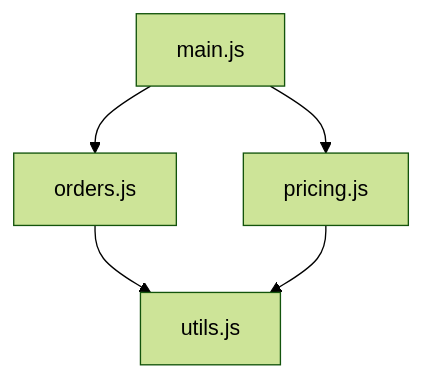
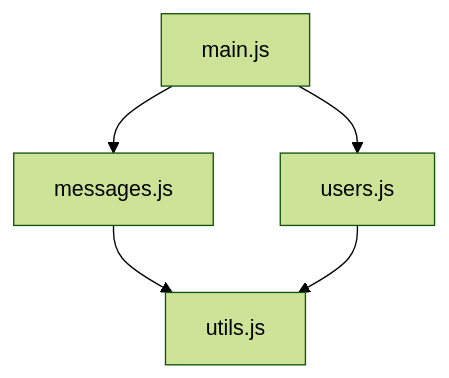
One commit to Episk-pos/DevFoundry changed the first of 4 diagrams in website/docs/architectural-views.md. Above: the diagram before and after it, drawn with Mermaid (forest theme). The commit also changed other lines of this file and 131 other files, not shown here.

````diff
--- a/website/docs/architectural-views.md
+++ b/website/docs/architectural-views.md
@@ -90,12 +90,12 @@
 ```mermaid
 graph TB
     main[main.js]
-    orders[orders.js]
-    pricing[pricing.js]
+    messages[messages.js]
+    users[users.js]
     utils[utils.js]
 
-    main --> orders
-    main --> pricing
-    orders --> utils
-    pricing --> utils
+    main --> messages
+    main --> users
+    messages --> utils
+    users --> utils
 ```
````
